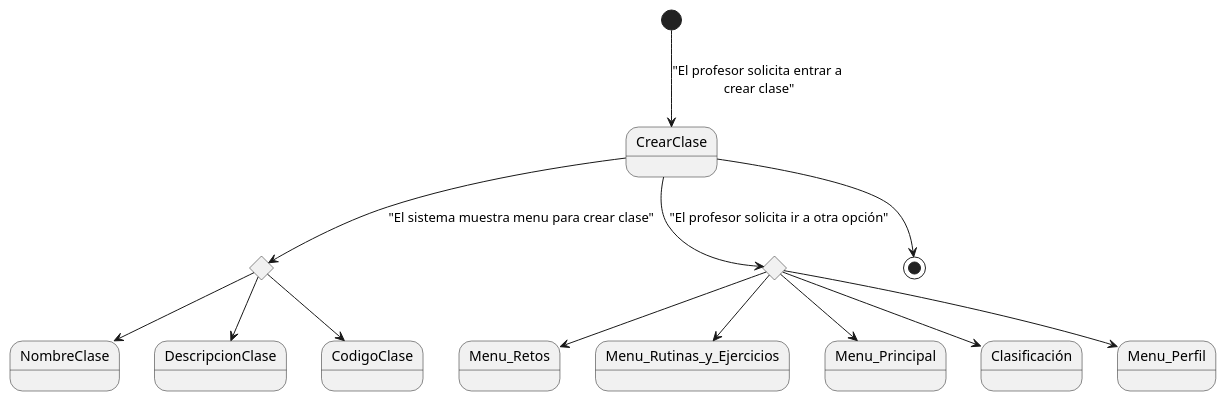
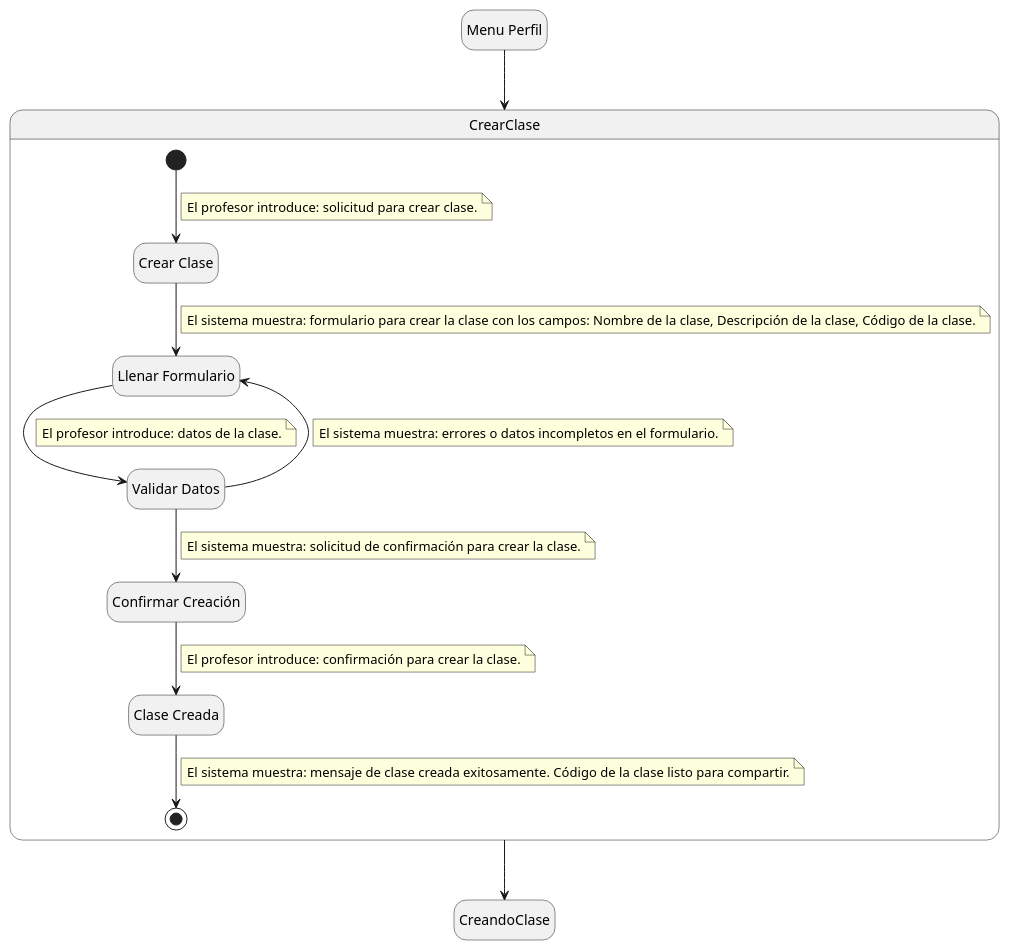
The diagram in Documentos/DetallarCasosDeUso/Profesor/CrearClase.puml (mmasias/24-25-IdSw1-SDR), drawn with PlantUML before and after one commit. The commit also changed 1 other file, not shown here.

Commit message:
Crear Clase

```diff
--- a/Documentos/DetallarCasosDeUso/Profesor/CrearClase.puml
+++ b/Documentos/DetallarCasosDeUso/Profesor/CrearClase.puml
@@ -1,29 +1,54 @@
-@startuml
-state CrearClase
-state rombo1 <<choice>>
-state rombo2 <<choice>>
-state NombreClase
-state DescripcionClase
-state CodigoClase
-state Menu_Retos
-state Menu_Rutinas_y_Ejercicios
-state Menu_Principal
-state Clasificación
+@startuml CrearClase
 
-[*] --> CrearClase : "El profesor solicita entrar a\n crear clase"
+hide empty description
+state CreandoClase
+state Menu_Perfil as "Menu Perfil"
 
+state CrearClase {
 
-CrearClase --> rombo1 : "El sistema muestra menu para crear clase"
-rombo1 --> NombreClase
-rombo1 --> CodigoClase
-rombo1 --> DescripcionClase 
+    state IniciarClase as "Crear Clase"
+    state Formulario as "Llenar Formulario"
+    state ValidarDatos as "Validar Datos"
+    state ConfirmarCreacion as "Confirmar Creación"
+    state ClaseCreada as "Clase Creada"
 
+    [*] --> IniciarClase
+    note on link
+        El profesor introduce: solicitud para crear clase.
+    end note
 
-CrearClase --> rombo2 : "El profesor solicita ir a otra opción"
-rombo2 --> Menu_Perfil
-rombo2 --> Menu_Retos
-rombo2 --> Menu_Rutinas_y_Ejercicios
-rombo2 --> Menu_Principal
-rombo2 --> Clasificación
-CrearClase-->[*]
+    IniciarClase --> Formulario
+    note on link
+        El sistema muestra: formulario para crear la clase con los campos: Nombre de la clase, Descripción de la clase, Código de la clase.
+    end note
+
+    Formulario --> ValidarDatos
+    note on link
+        El profesor introduce: datos de la clase.
+    end note
+
+    ValidarDatos --> ConfirmarCreacion
+    note on link
+        El sistema muestra: solicitud de confirmación para crear la clase.
+    end note
+
+    ValidarDatos --> Formulario
+    note on link
+        El sistema muestra: errores o datos incompletos en el formulario.
+    end note
+
+    ConfirmarCreacion --> ClaseCreada
+    note on link
+        El profesor introduce: confirmación para crear la clase.
+    end note
+
+    ClaseCreada --> [*]
+    note on link
+        El sistema muestra: mensaje de clase creada exitosamente. Código de la clase listo para compartir.
+    end note
+}
+
+Menu_Perfil --> CrearClase
+CrearClase --> CreandoClase
+
 @enduml
```
